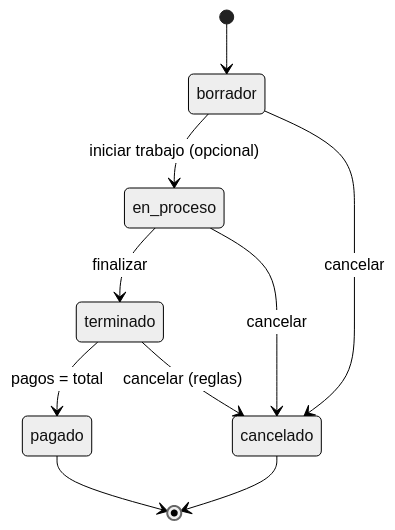
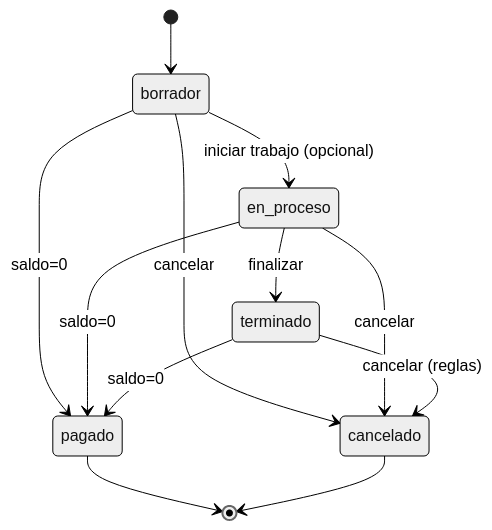
Diagram 26 of 31 in README.md (IgnacioVelazquez92/LavaderApp), drawn with Mermaid (neutral theme) before and after one commit. The commit also changed other lines of this file and 15 other files, not shown here.

````diff
--- a/README.md
+++ b/README.md
@@ -2470,12 +2472,15 @@
 ```mermaid
 stateDiagram-v2
     [*] --> borrador
     borrador --> en_proceso: iniciar trabajo (opcional)
     en_proceso --> terminado: finalizar
-    terminado --> pagado: pagos = total
+    %% Pago completo puede ocurrir desde estados no finales
+    borrador --> pagado: saldo=0
+    en_proceso --> pagado: saldo=0
+    terminado --> pagado: saldo=0
     borrador --> cancelado: cancelar
     en_proceso --> cancelado: cancelar
     terminado --> cancelado: cancelar (reglas)
     pagado --> [*]
     cancelado --> [*]
 ```
````
